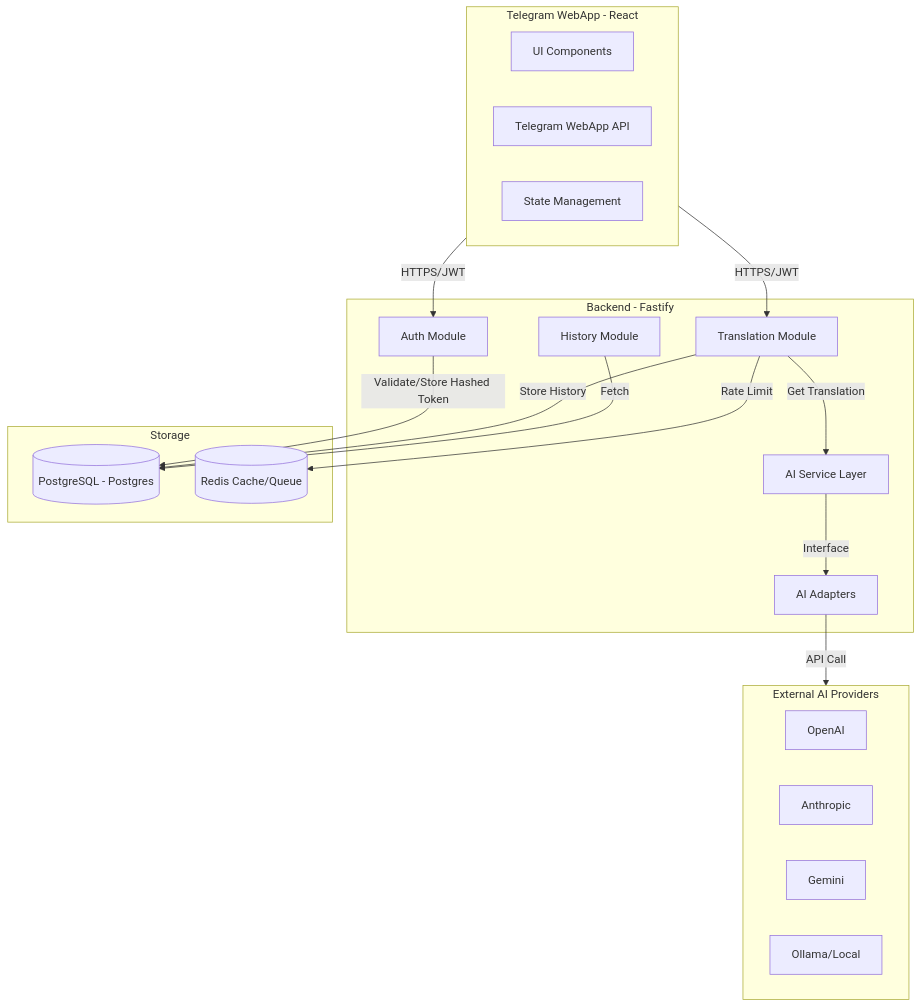
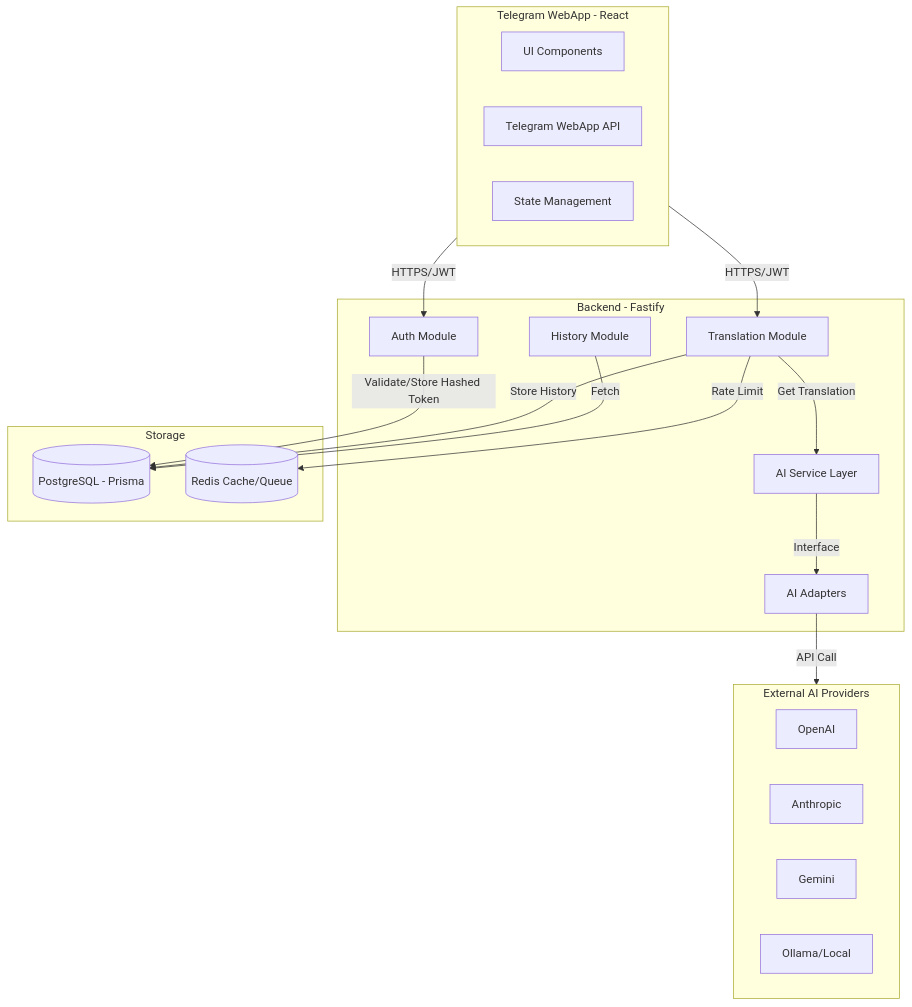
One commit to AlexToster/SlangUA changed the diagram in plans/architecture.md. Above: the diagram before and after it, drawn with Mermaid. The commit also changed other lines of this file and 8950 other files, not shown here.

````diff
--- a/plans/architecture.md
+++ b/plans/architecture.md
@@ -19,41 +19,41 @@
 ```mermaid
 graph TD
     subgraph Client [Telegram WebApp - React]
         UI[UI Components]
         TGA[Telegram WebApp API]
         Store[State Management]
     end
 
     subgraph Server [Backend - Fastify]
         Auth[Auth Module]
         Trans[Translation Module]
         History[History Module]
         AIService[AI Service Layer]
         Adapters[AI Adapters]
     end
 
     subgraph Storage
-        Postgres[(PostgreSQL - Postgres)]
+        Postgres[(PostgreSQL - Prisma)]
         RedisCache[(Redis Cache/Queue)]
     end
 
     subgraph AI_Providers [External AI Providers]
         OAI[OpenAI]
         ANT[Anthropic]
         GGL[Gemini]
         LCL[Ollama/Local]
     end
 
     Client -- HTTPS/JWT --> Auth
     Auth -- Validate/Store Hashed Token --> Postgres
 
     Client -- HTTPS/JWT --> Trans
     Trans -- Get Translation --> AIService
     AIService -- Interface --> Adapters
     Adapters -- API Call --> AI_Providers
 
     Trans -- Store History --> Postgres
     History -- Fetch --> Postgres
 
     Trans -- Rate Limit --> RedisCache
 ```
````
